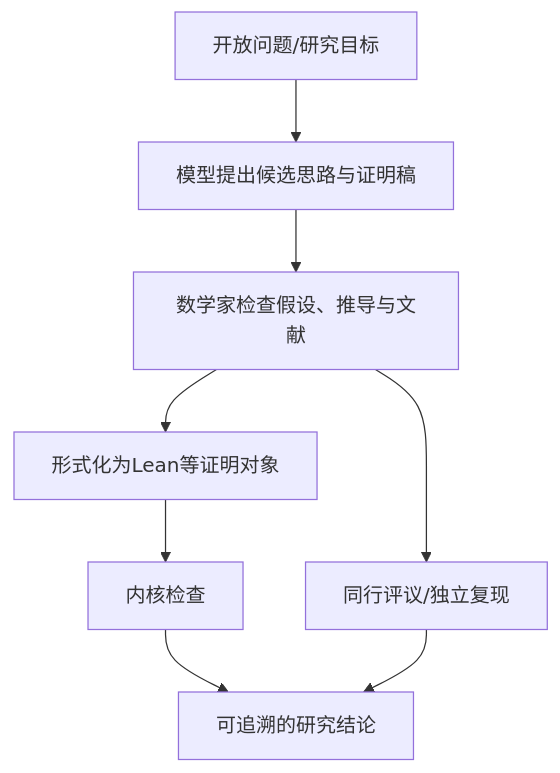
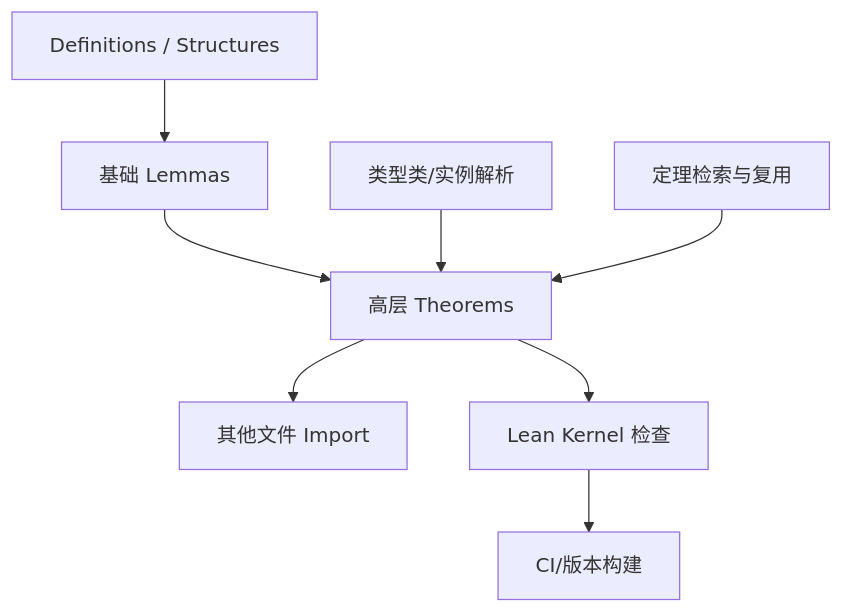
One commit to JiangXiangAi/git_weekly_news changed the third of 10 diagrams in 2026/2026-10-05_2026-10-11/05_AI与数学研究.md. Above: the diagram before and after it, drawn with Mermaid. The commit also changed other lines of this file, not shown here.

Commit message:
Deepen AI mathematics report with per-project proof-workflow diagrams

````diff
--- a/2026/2026-10-05_2026-10-11/05_AI与数学研究.md
+++ b/2026/2026-10-05_2026-10-11/05_AI与数学研究.md
@@ -86,10 +68,10 @@
 ```mermaid
 flowchart TD
-A[开放问题/研究目标] --> B[模型提出候选思路与证明稿]
-B --> C[数学家检查假设、推导与文献]
-C --> D[形式化为Lean等证明对象]
-D --> E[内核检查]
-C --> F[同行评议/独立复现]
-E --> G[可追溯的研究结论]
-F --> G
+  A[Definitions / Structures] --> B[基础 Lemmas]
+  B --> C[高层 Theorems]
+  C --> D[其他文件 Import]
+  E[类型类/实例解析] --> C
+  F[定理检索与复用] --> C
+  C --> G[Lean Kernel 检查]
+  G --> H[CI/版本构建]
 ```
````
